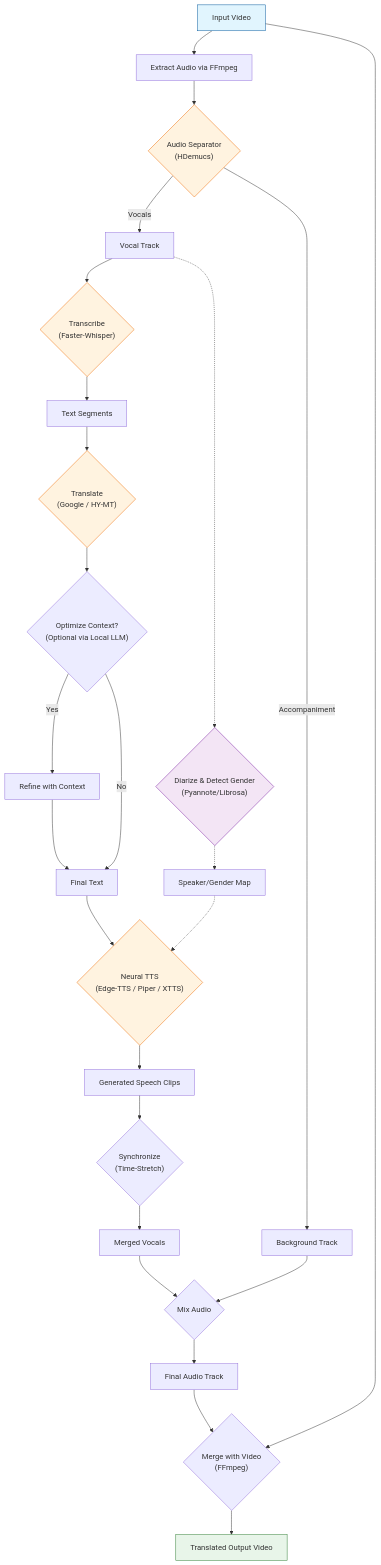
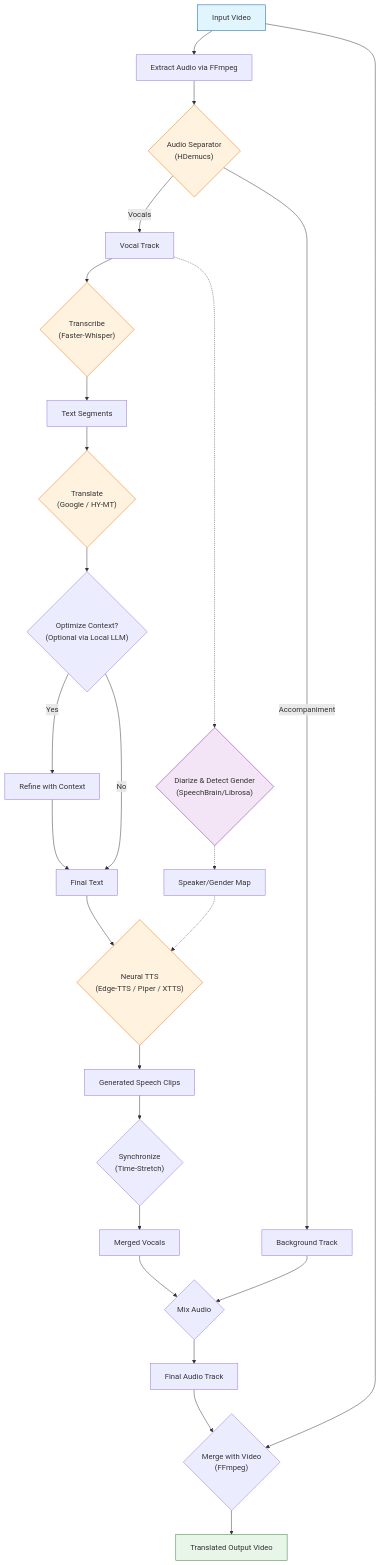
One commit to overcrash66/video-translator changed the diagram in README.md. Above: the diagram before and after it, drawn with Mermaid. The commit also changed other lines of this file and 5 other files, not shown here.

First line of the commit message:
Replace pyannote diarization with SpeechBrain and improve TTS sync

````diff
--- a/README.md
+++ b/README.md
@@ -92,47 +92,47 @@
 ```mermaid
 flowchart TD
     Video[Input Video] --> Extract[Extract Audio via FFmpeg]
     Extract --> Separator{"Audio Separator<br/>(HDemucs)"}
     
     Separator -->|Vocals| Vocals[Vocal Track]
     Separator -->|Accompaniment| Background[Background Track]
     
     Vocals --> Transcribe{"Transcribe<br/>(Faster-Whisper)"}
     Transcribe --> Segments[Text Segments]
 
-    Vocals -.-> Diarize{"Diarize & Detect Gender<br/>(Pyannote/Librosa)"}
+    Vocals -.-> Diarize{"Diarize & Detect Gender<br/>(SpeechBrain/Librosa)"}
     Diarize -.-> SpeakerMap[Speaker/Gender Map]
     
     Segments --> Translate{"Translate<br/>(Google / HY-MT)"}
     
     Translate --> Optimize{"Optimize Context?<br/>(Optional via Local LLM)"}
     Optimize -- Yes --> Refine[Refine with Context]
     Refine --> TransText[Final Text]
     Optimize -- No --> TransText
     
     TransText --> TTS{"Neural TTS<br/>(Edge-TTS / Piper / XTTS)"}
     SpeakerMap -.-> TTS
     TTS --> TTSAudio[Generated Speech Clips]
     
     TTSAudio --> Sync{"Synchronize<br/>(Time-Stretch)"}
     
     Sync --> MergedVocals[Merged Vocals]
     
     MergedVocals --> Mix{Mix Audio}
     Background --> Mix
     
     Mix --> FinalAudio[Final Audio Track]
     
     FinalAudio --> Mux{"Merge with Video<br/>(FFmpeg)"}
     Video --> Mux
     
     Mux --> Output[Translated Output Video]
     
     style Video fill:#e1f5fe,stroke:#01579b
     style Output fill:#e8f5e9,stroke:#2e7d32
     style Separator fill:#fff3e0,stroke:#ef6c00
     style Transcribe fill:#fff3e0,stroke:#ef6c00
     style Translate fill:#fff3e0,stroke:#ef6c00
     style TTS fill:#fff3e0,stroke:#ef6c00
     style Diarize fill:#f3e5f5,stroke:#7b1fa2
 ```
````
